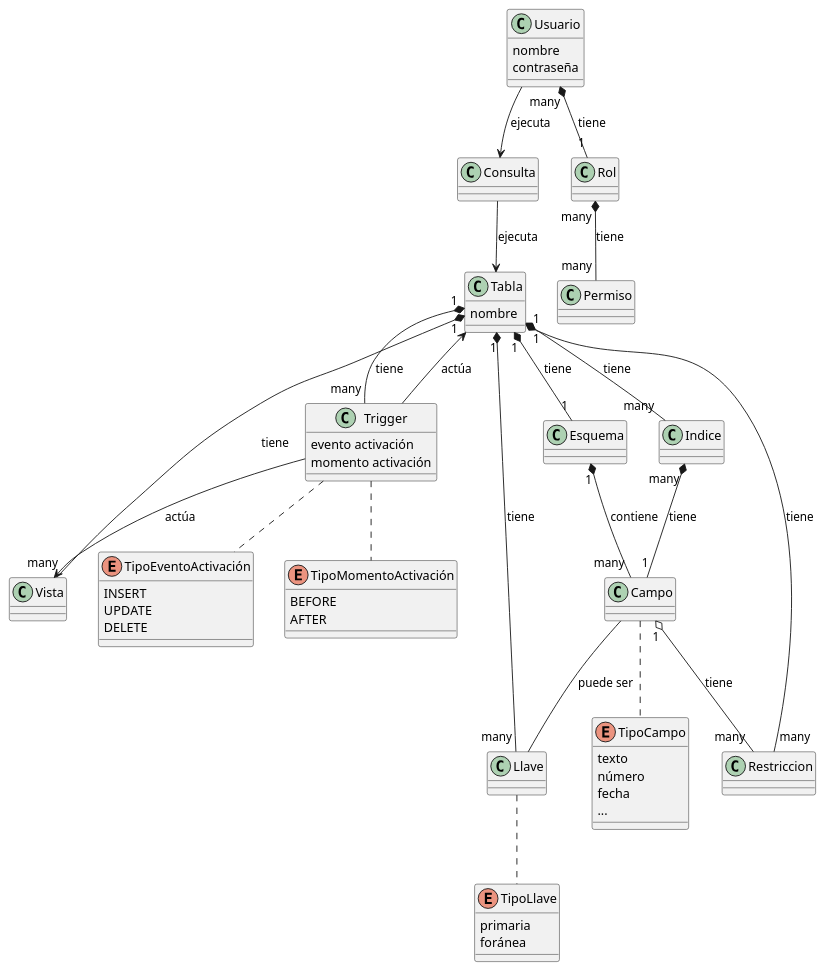
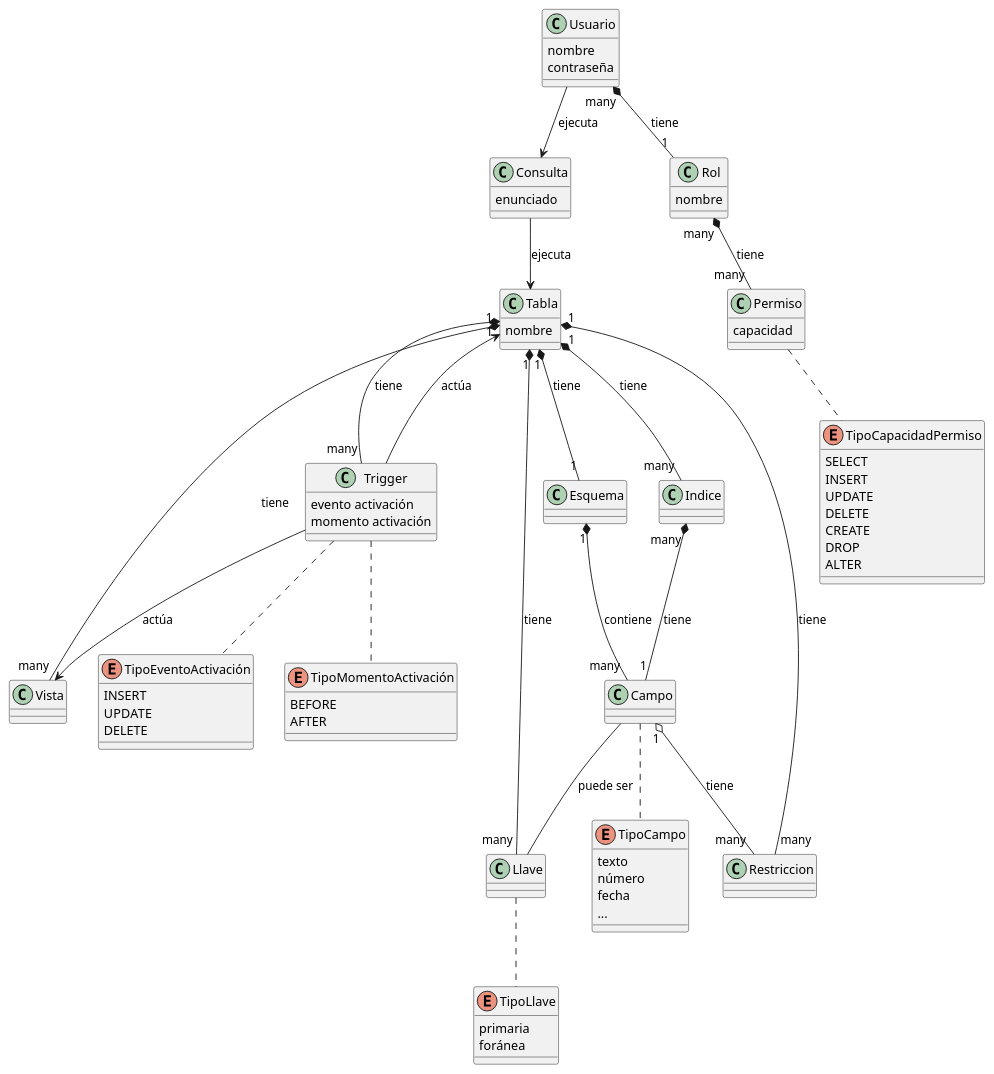
Before and after one commit to martinlopez7/25-26-IDSW1: the diagram in entregas/lopezMartin/modelosUML/diagramaEntidades.puml, drawn with PlantUML.

Commit message:
adicion de tipos de permisos, adicion del atributo enunciado de la entidad "Consulta"

```diff
--- a/entregas/lopezMartin/modelosUML/diagramaEntidades.puml
+++ b/entregas/lopezMartin/modelosUML/diagramaEntidades.puml
@@ -1,75 +1,88 @@
 @startuml
 
 class Tabla{
 nombre
 }
 class Vista{
 }
 class Consulta{
+enunciado
 }
 class Usuario{
 nombre
 contraseña
 }
 class Rol{
+nombre
 }
 class Permiso{
+capacidad
+}
+enum TipoCapacidadPermiso{
+SELECT
+INSERT
+UPDATE
+DELETE
+CREATE
+DROP
+ALTER
 }
 class Llave{
 }
 enum TipoLlave{
 primaria
 foránea
 }
 class Esquema{
 }
 class Trigger{
 evento activación
 momento activación
 }
 enum TipoEventoActivación{
 INSERT
 UPDATE
 DELETE
 }
 enum TipoMomentoActivación{
 BEFORE
 AFTER
 }
 class Indice{
 }
 class Campo{
 }
 enum TipoCampo{
 texto
 número
 fecha
 ...
 }
 class Restriccion{
 }
 
 Usuario "many" *-- "1" Rol : tiene
 Rol "many" *-- "many" Permiso : tiene
 Usuario --> Consulta : ejecuta
 Consulta --> Tabla : ejecuta
 Tabla "1" *-- "1" Esquema : tiene
 Tabla "1" *-- "many" Llave : tiene
 Tabla "1" *-- "many" Restriccion : tiene
 Tabla "1" *-- "many" Vista : tiene
 Tabla "1" *-- "many" Indice : tiene
 Tabla "1" *-- "many" Trigger : tiene
 Trigger --> Tabla : actúa
 Trigger --> Vista : actúa
 Trigger .. TipoMomentoActivación
 Trigger .. TipoEventoActivación
 Esquema "1" *-- "many" Campo : contiene
 Campo .. TipoCampo
 Campo "1" o-- "many" Restriccion : tiene
 Indice "many" *-- "1" Campo : tiene
 Llave .. TipoLlave
 Campo -- Llave : puede ser
+Permiso .. TipoCapacidadPermiso
 
 
 
 @enduml
```
